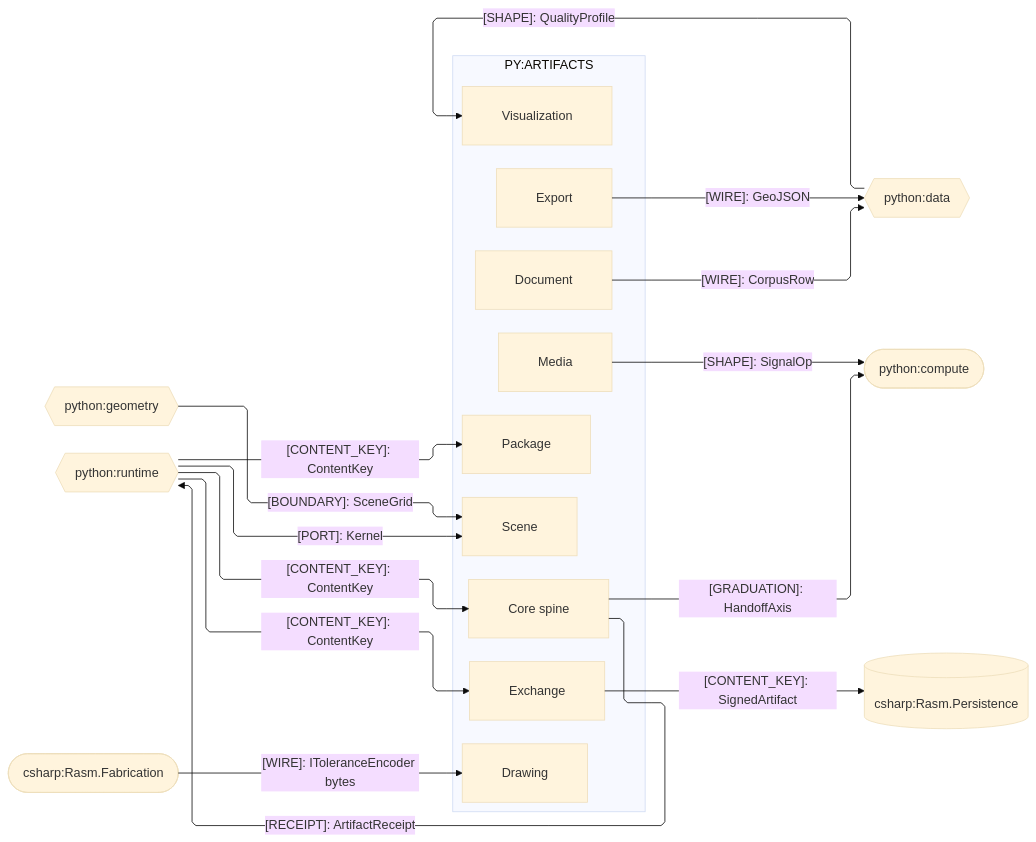
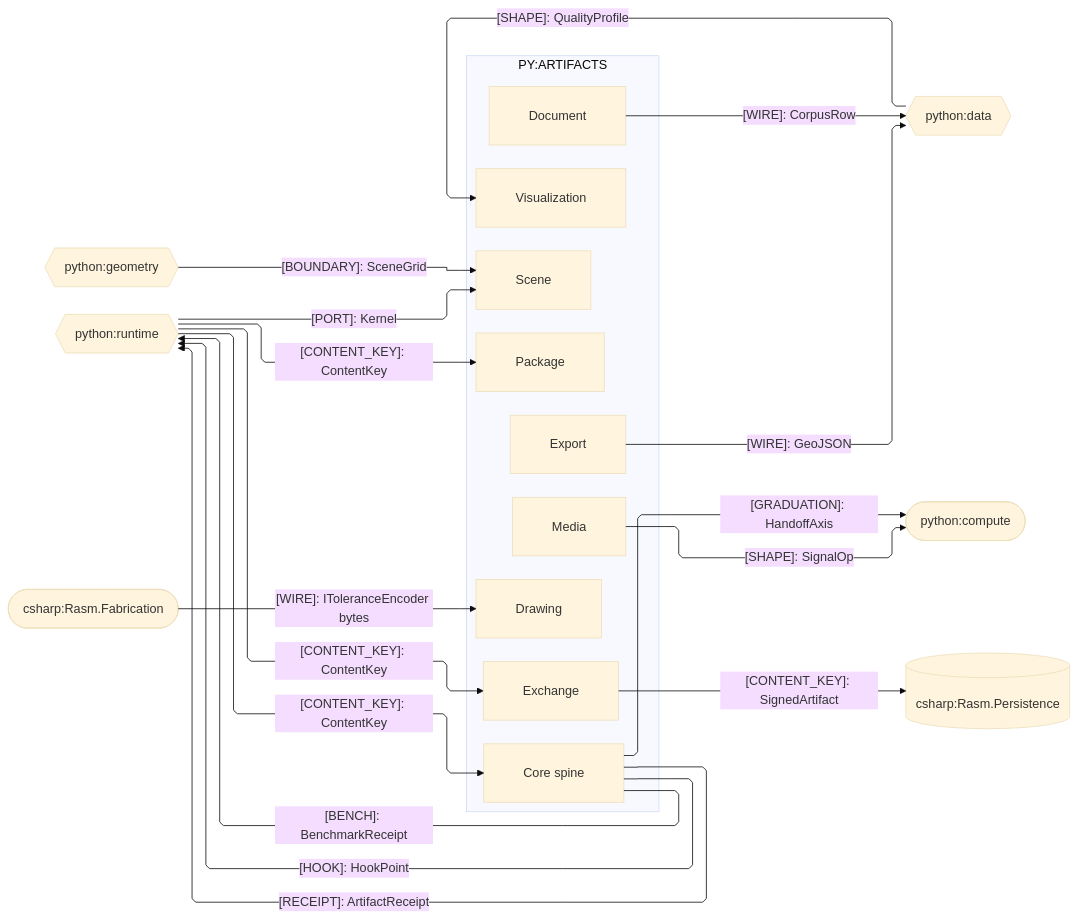
One commit to bsamiee/Rasm changed the first of 3 diagrams in libs/python/artifacts/ARCHITECTURE.md. Above: the diagram before and after it, drawn with Mermaid (base theme). The commit also changed other lines of this file and 195 other files, not shown here.

````diff
--- a/libs/python/artifacts/ARCHITECTURE.md
+++ b/libs/python/artifacts/ARCHITECTURE.md
@@ -104,42 +106,44 @@
 ```mermaid
 ---
 config:
   layout: elk
   flowchart:
     curve: linear
     padding: 25
 ---
 flowchart LR
     accTitle: Artifacts package seam registry
     accDescr: Artifacts sub-domain owners exchanging content keys, receipts, wires, and shapes with the Python runtime, data, compute, and geometry peers and the Persistence and Fabrication C# packages, one edge per contract family.
     subgraph artifacts[PY:ARTIFACTS]
         Core[Core spine]
         Document[Document]
         Visualization[Visualization]
         Drawing[Drawing]
         Media[Media]
         Scene[Scene]
         Export[Export]
         Exchange[Exchange]
         Package[Package]
     end
     Geometry{{python:geometry}}
     Runtime{{python:runtime}}
     Data{{python:data}}
     Compute([python:compute])
     Persistence[(csharp:Rasm.Persistence)]
     Fabrication([csharp:Rasm.Fabrication])
     Runtime e1@-->|"[CONTENT_KEY]: ContentKey"| Core
     Core e2@-->|"[RECEIPT]: ArtifactReceipt"| Runtime
     Runtime e3@-->|"[CONTENT_KEY]: ContentKey"| Exchange
     Runtime e4@-->|"[CONTENT_KEY]: ContentKey"| Package
     Core e5@-->|"[GRADUATION]: HandoffAxis"| Compute
     Media e6@-->|"[SHAPE]: SignalOp"| Compute
     Document e7@-->|"[WIRE]: CorpusRow"| Data
     Export e8@-->|"[WIRE]: GeoJSON"| Data
     Data e9@-->|"[SHAPE]: QualityProfile"| Visualization
     Fabrication e11@-->|"[WIRE]: IToleranceEncoder bytes"| Drawing
     Geometry e12@-->|"[BOUNDARY]: SceneGrid"| Scene
     Exchange e13@-->|"[CONTENT_KEY]: SignedArtifact"| Persistence
     Runtime e14@-->|"[PORT]: Kernel"| Scene
+    Core e15@-->|"[HOOK]: HookPoint"| Runtime
+    Core e16@-->|"[BENCH]: BenchmarkReceipt"| Runtime
 ```
````
